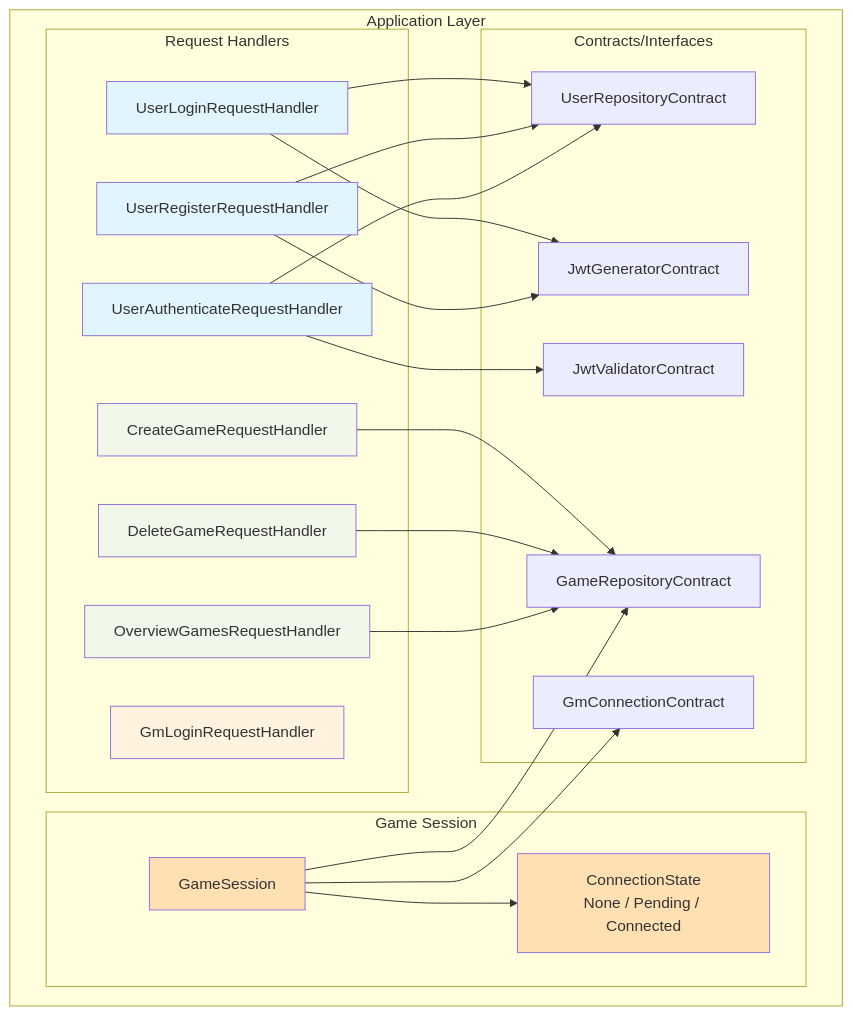
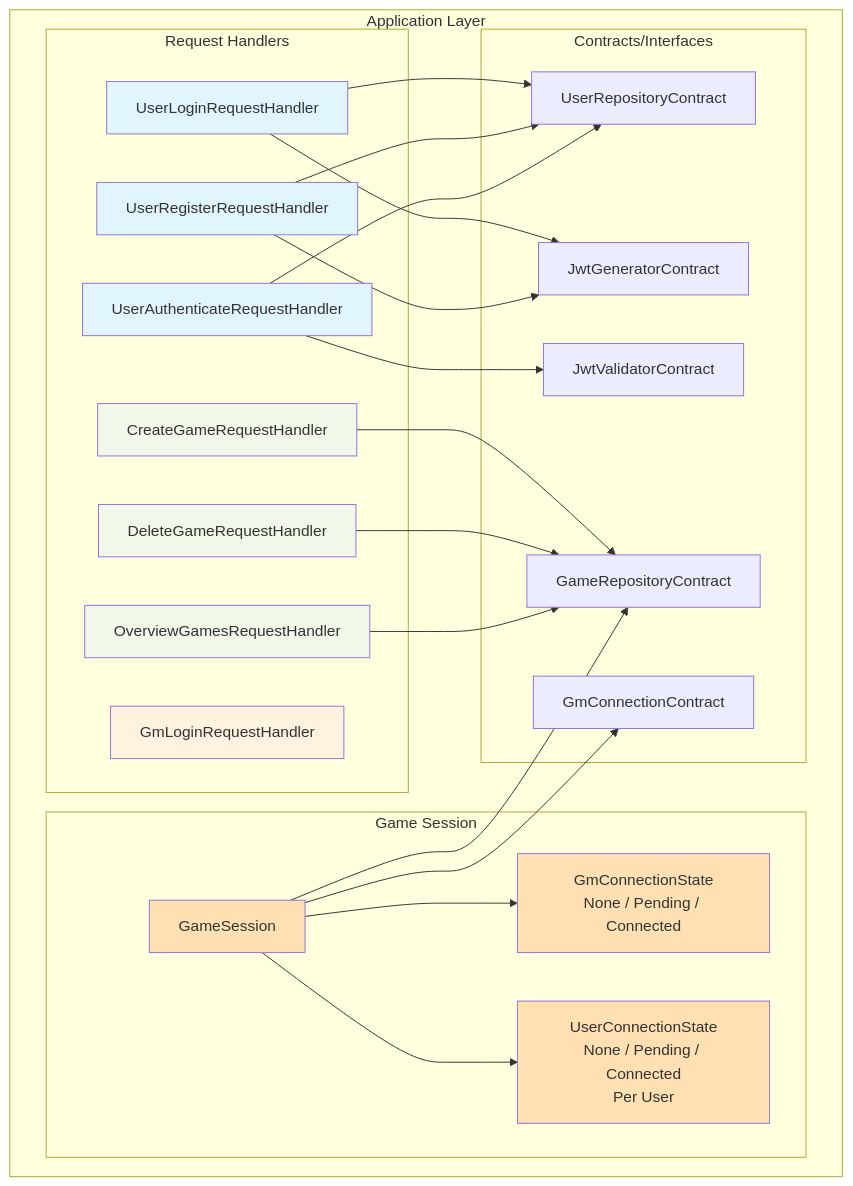
One commit to jakob-rzeppa/turnkeeper changed the third of 14 diagrams in backend/ARCHITECTURE.md. Above: the diagram before and after it, drawn with Mermaid. The commit also changed other lines of this file and 2 other files, not shown here.

````diff
--- a/backend/ARCHITECTURE.md
+++ b/backend/ARCHITECTURE.md
@@ -127,50 +127,53 @@
 ```mermaid
 graph TB
     subgraph "Application Layer"
         subgraph "Request Handlers"
             ULogin[UserLoginRequestHandler]
             URegister[UserRegisterRequestHandler]
             UAuth[UserAuthenticateRequestHandler]
             GLogin[GmLoginRequestHandler]
             GameCreate[CreateGameRequestHandler]
             GameDelete[DeleteGameRequestHandler]
             GameOverview[OverviewGamesRequestHandler]
         end
 
         subgraph "Game Session"
             GameSess[GameSession]
-            ConnState[ConnectionState<br/>None / Pending / Connected]
+            GmConnState[GmConnectionState<br/>None / Pending / Connected]
+            UserConnState[UserConnectionState<br/>None / Pending / Connected<br/>Per User]
         end
 
         subgraph "Contracts/Interfaces"
             UserRepo[UserRepositoryContract]
             GameRepo[GameRepositoryContract]
             GmConnContract[GmConnectionContract]
             JwtGen[JwtGeneratorContract]
             JwtVal[JwtValidatorContract]
         end
     end
 
     ULogin --> UserRepo
     ULogin --> JwtGen
     URegister --> UserRepo
     URegister --> JwtGen
     UAuth --> UserRepo
     UAuth --> JwtVal
     GameCreate --> GameRepo
     GameDelete --> GameRepo
     GameOverview --> GameRepo
     GameSess --> GameRepo
     GameSess --> GmConnContract
-    GameSess --> ConnState
+    GameSess --> GmConnState
+    GameSess --> UserConnState
 
     style ULogin fill:#e1f5ff
     style URegister fill:#e1f5ff
     style UAuth fill:#e1f5ff
     style GLogin fill:#fff3e0
     style GameCreate fill:#f1f8e9
     style GameDelete fill:#f1f8e9
     style GameOverview fill:#f1f8e9
     style GameSess fill:#ffe0b2
-    style ConnState fill:#ffe0b2
+    style GmConnState fill:#ffe0b2
+    style UserConnState fill:#ffe0b2
 ```
````
